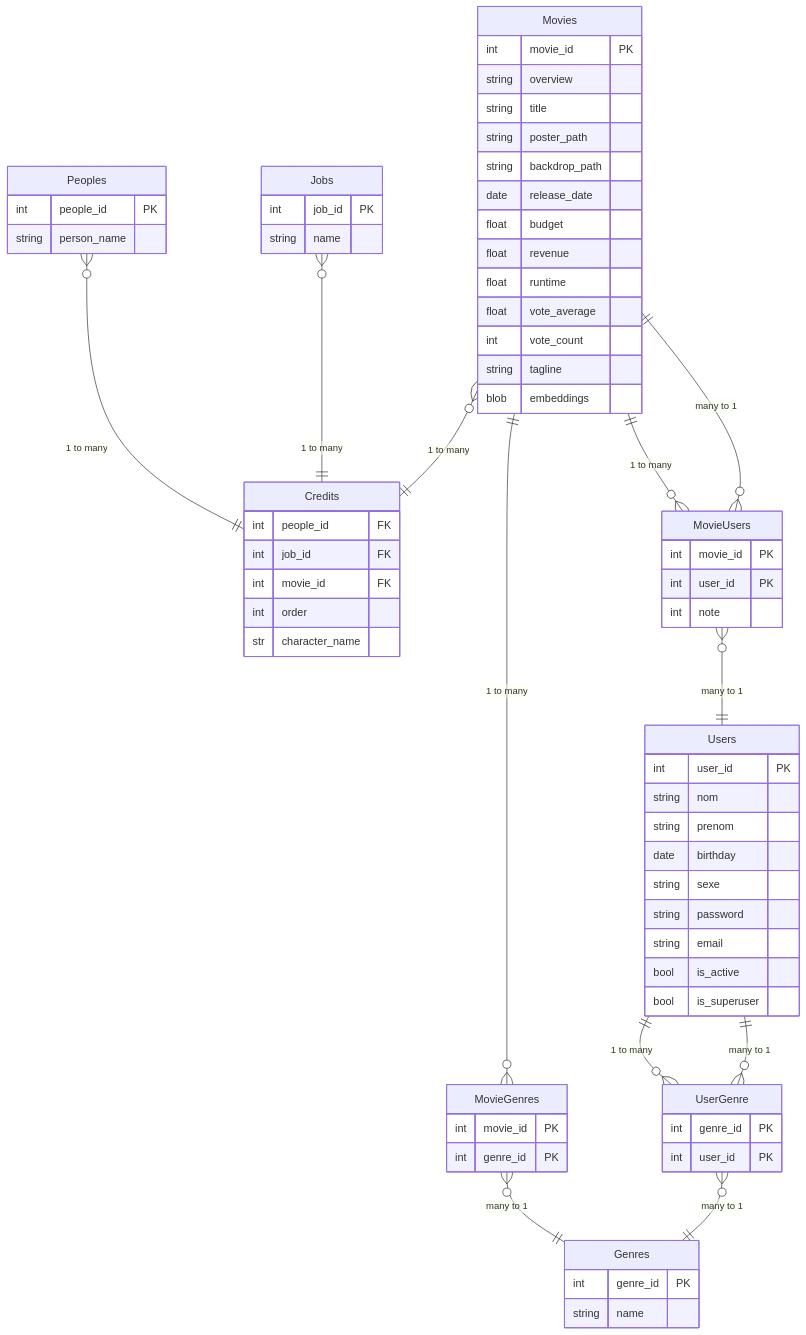
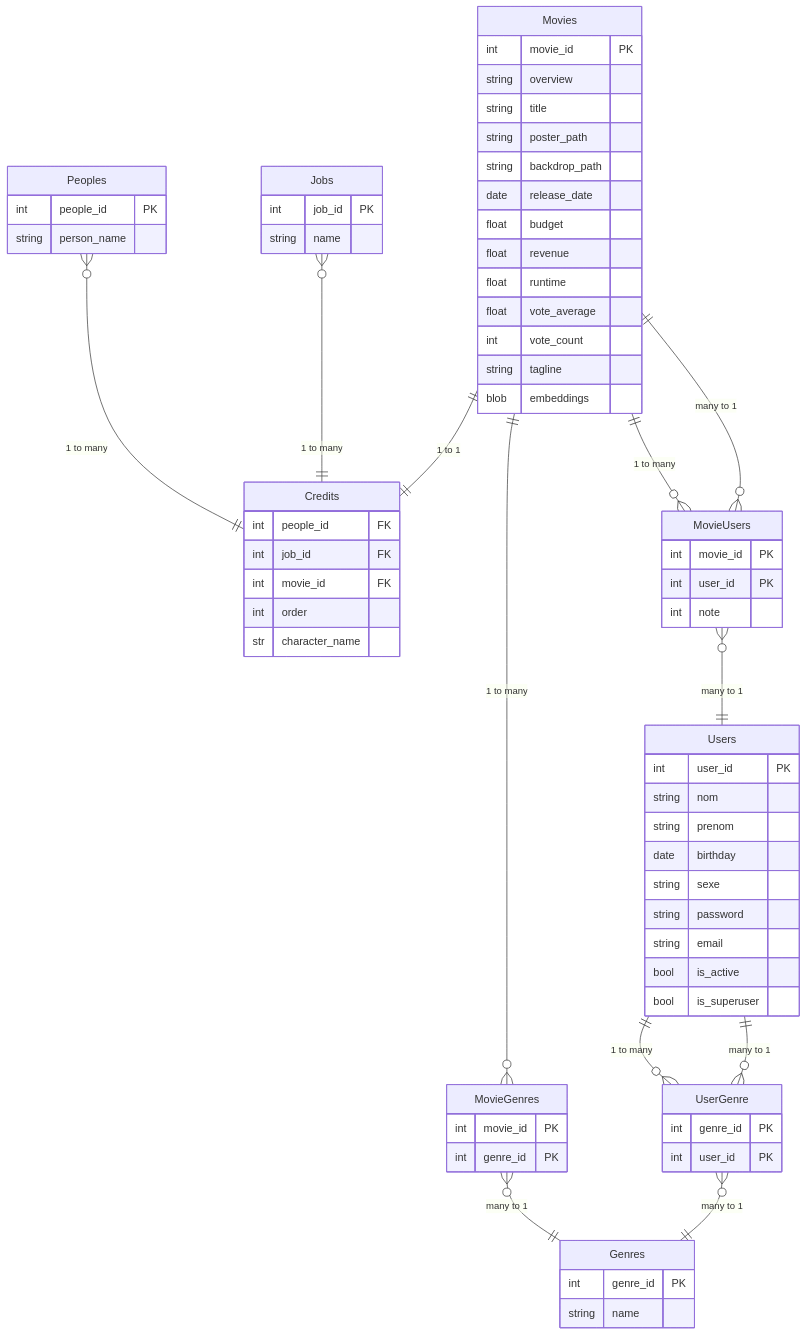
One commit to St4r4x/MovieMania changed the diagram in docs/MLD.md. Above: the diagram before and after it, drawn with Mermaid.

Commit message:
chore: Update Movies and Credits relationship in MLD

````diff
--- a/docs/MLD.md
+++ b/docs/MLD.md
@@ -1,77 +1,77 @@
 ```mermaid
 
 erDiagram
     Movies {
         int movie_id PK
         string overview
         string title
         string poster_path
         string backdrop_path
         date release_date
         float budget
         float revenue
         float runtime
         float vote_average
         int vote_count
         string tagline
         blob embeddings
 
     }
     Peoples {
         int people_id PK
         string person_name
     }
     Jobs {
         int job_id PK
         string name
     }
     Credits{
         int people_id FK
         int job_id FK
         int movie_id FK
         int order
         str character_name
     }
     Genres {
         int genre_id PK
         string name
     }
     MovieGenres {
         int movie_id PK
         int genre_id PK
     }
     Users {
         int user_id PK
         string nom
         string prenom
         date birthday
         string sexe
         string password
         string email
         bool is_active
         bool is_superuser
 
     }
     MovieUsers {
         int movie_id PK
         int user_id PK
         int note
     }
     UserGenre {
         int genre_id PK
         int user_id PK
     }
 
 
     Movies ||--o{ MovieGenres: "1 to many"
     MovieGenres }o--|| Genres: "many to 1"
     Peoples }o--|| Credits : "1 to many"
     Jobs }o--|| Credits : "1 to many"
-    Movies }o--|| Credits : "1 to many"
+    Movies ||--|| Credits : "1 to 1"
     MovieUsers }o--|| Movies: "many to 1"
     MovieUsers }o--|| Users: "many to 1"
     Users ||--o{ UserGenre: "1 to many"
     UserGenre }o--|| Genres: "many to 1"
     UserGenre }o--|| Users: "many to 1"
     Movies ||--o{ MovieUsers: "1 to many"
 ```
````
